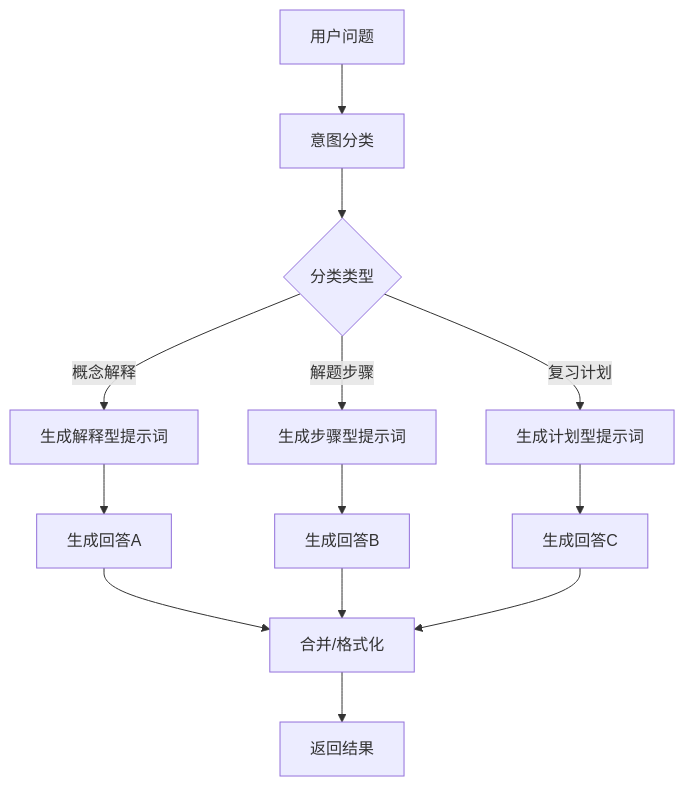
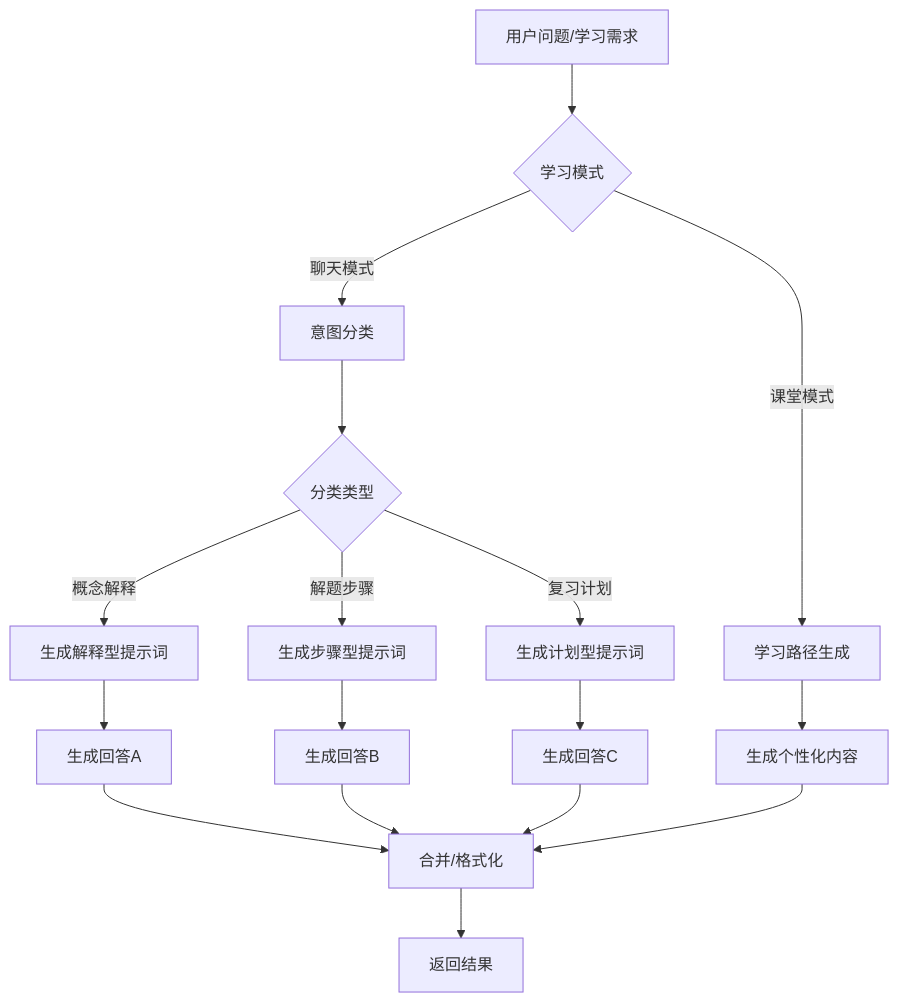
The seventh of 12 diagrams in .qoder/repowiki/zh/content/核心功能模块/AI智能助手.md (cwb7756/bio), drawn with Mermaid before and after one commit. The commit also changed other lines of this file and 45 other files, not shown here.

````diff
--- a/.qoder/repowiki/zh/content/核心功能模块/AI智能助手.md
+++ b/.qoder/repowiki/zh/content/核心功能模块/AI智能助手.md
@@ -223,15 +317,19 @@
 ```mermaid
 flowchart TD
-Q["用户问题"] --> Classify["意图分类"]
+Q["用户问题/学习需求"] --> Mode{"学习模式"}
+Mode --> |聊天模式| Classify["意图分类"]
+Mode --> |课堂模式| PathGen["学习路径生成"]
 Classify --> Type{"分类类型"}
 Type --> |概念解释| PromptA["生成解释型提示词"]
 Type --> |解题步骤| PromptB["生成步骤型提示词"]
 Type --> |复习计划| PromptC["生成计划型提示词"]
 PromptA --> GenA["生成回答A"]
 PromptB --> GenB["生成回答B"]
 PromptC --> GenC["生成回答C"]
+PathGen --> ContentGen["生成个性化内容"]
 GenA --> Merge["合并/格式化"]
 GenB --> Merge
 GenC --> Merge
+ContentGen --> Merge
 Merge --> Out["返回结果"]
 ```
````
